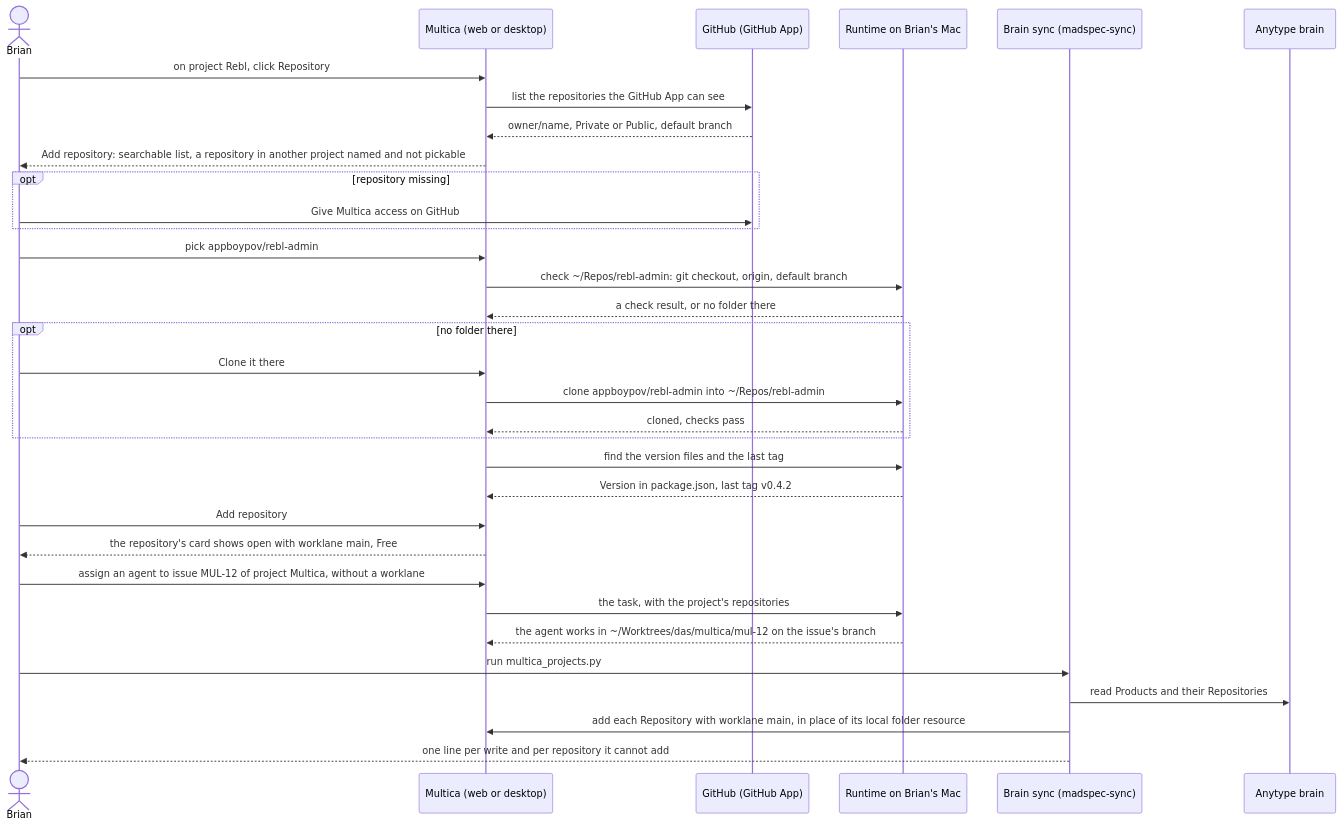
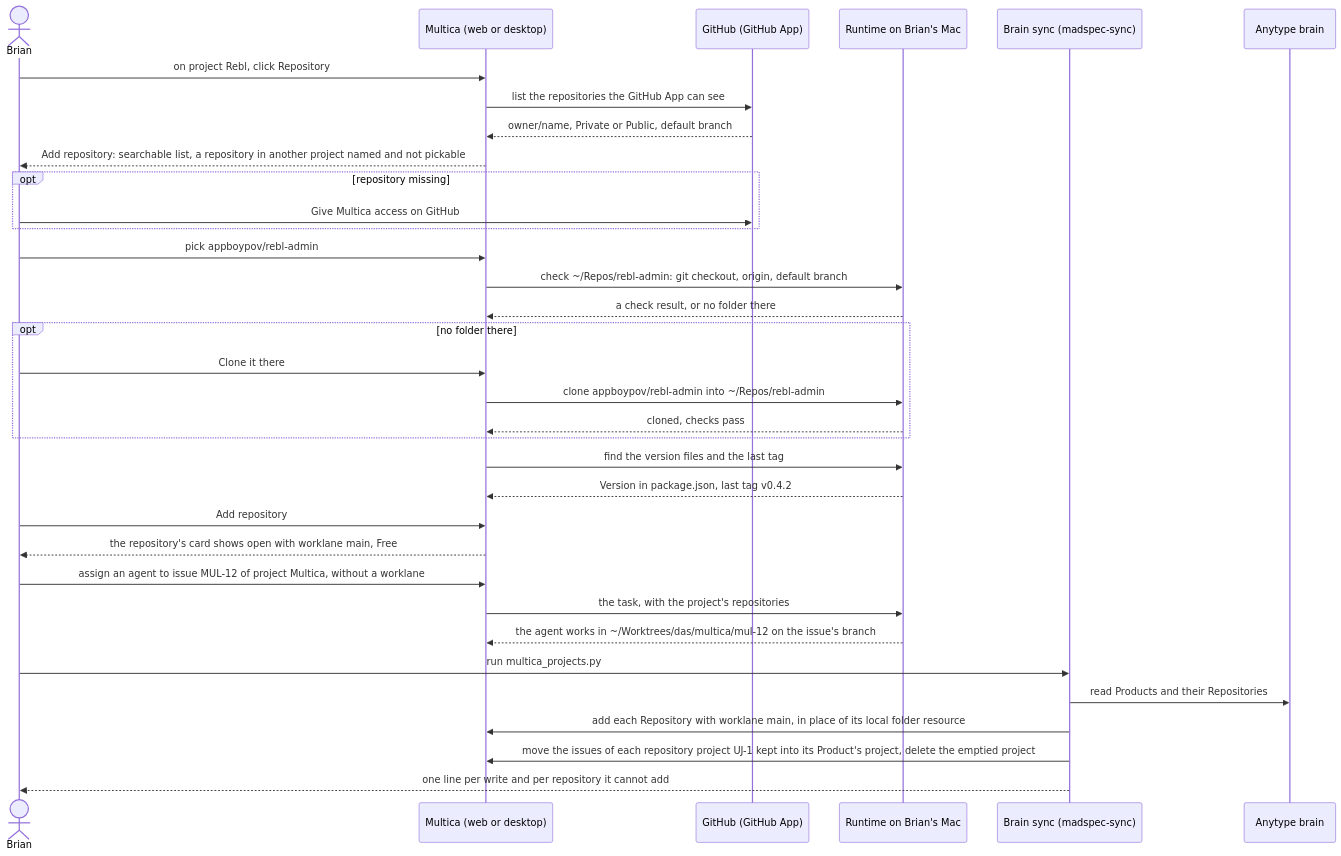
One commit to appboypov/multica changed the diagram in specs/openspec/changes/repositories-of-a-project/proposal.md. Above: the diagram before and after it, drawn with Mermaid. The commit also changed other lines of this file and 3 other files, not shown here.

````diff
--- a/specs/openspec/changes/repositories-of-a-project/proposal.md
+++ b/specs/openspec/changes/repositories-of-a-project/proposal.md
@@ -3,35 +3,36 @@
 ```mermaid
 sequenceDiagram
   actor B as Brian
   participant M as Multica (web or desktop)
   participant G as GitHub (GitHub App)
   participant R as Runtime on Brian's Mac
   participant S as Brain sync (madspec-sync)
   participant A as Anytype brain
   B->>M: on project Rebl, click Repository
   M->>G: list the repositories the GitHub App can see
   G-->>M: owner/name, Private or Public, default branch
   M-->>B: Add repository: searchable list, a repository in another project named and not pickable
   opt repository missing
     B->>G: Give Multica access on GitHub
   end
   B->>M: pick appboypov/rebl-admin
   M->>R: check ~/Repos/rebl-admin: git checkout, origin, default branch
   R-->>M: a check result, or no folder there
   opt no folder there
     B->>M: Clone it there
     M->>R: clone appboypov/rebl-admin into ~/Repos/rebl-admin
     R-->>M: cloned, checks pass
   end
   M->>R: find the version files and the last tag
   R-->>M: Version in package.json, last tag v0.4.2
   B->>M: Add repository
   M-->>B: the repository's card shows open with worklane main, Free
   B->>M: assign an agent to issue MUL-12 of project Multica, without a worklane
   M->>R: the task, with the project's repositories
   R-->>M: the agent works in ~/Worktrees/das/multica/mul-12 on the issue's branch
   B->>S: run multica_projects.py
   S->>A: read Products and their Repositories
   S->>M: add each Repository with worklane main, in place of its local folder resource
+  S->>M: move the issues of each repository project UJ-1 kept into its Product's project, delete the emptied project
   S-->>B: one line per write and per repository it cannot add
 ```
````
